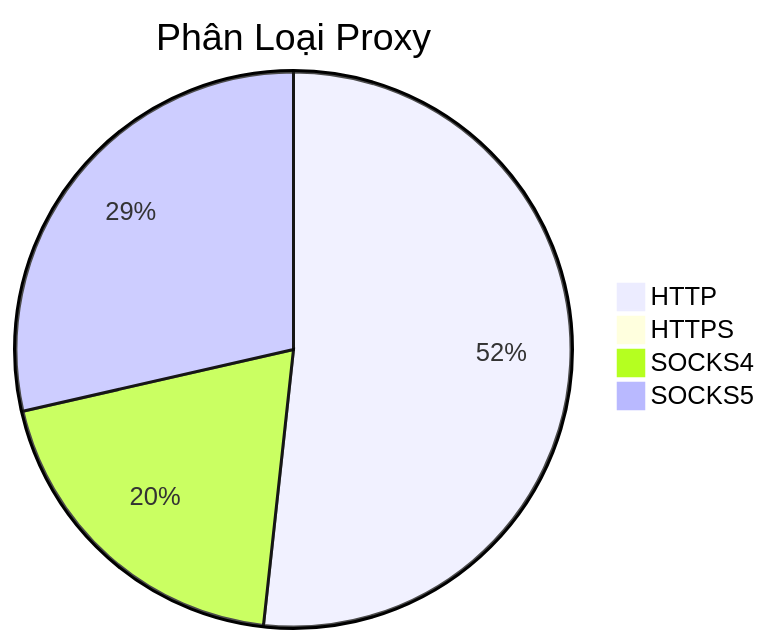
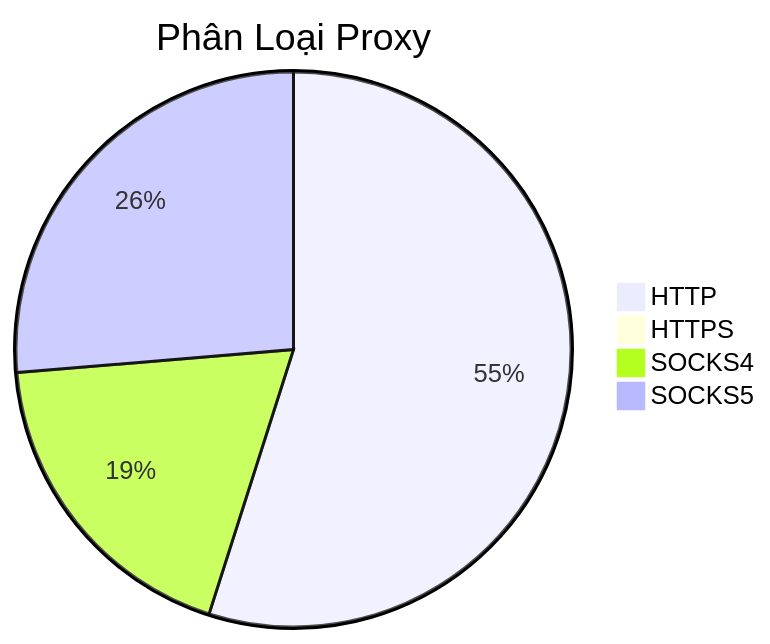
Before and after one commit to Ciara-12/PROXY-free: the diagram in README.md, drawn with Mermaid. The commit also changed other lines of this file and 3 other files, not shown here.

````diff
--- a/README.md
+++ b/README.md
@@ -26,7 +26,7 @@
 ```mermaid
 pie title Phân Loại Proxy
-    "HTTP" : 659
+    "HTTP" : 776
     "HTTPS" : 0
-    "SOCKS4" : 251
-    "SOCKS5" : 364
+    "SOCKS4" : 265
+    "SOCKS5" : 372
 ```
````
